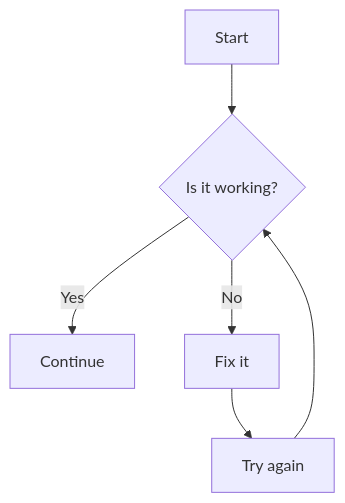
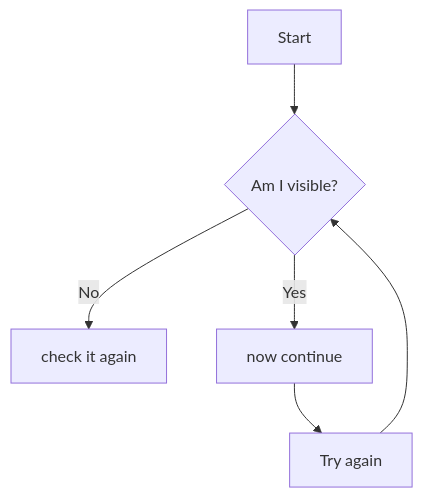
Before and after one commit to Prabhjot113/Prabhjot113.github.io-: the diagram in README.md, drawn with Mermaid. The commit also changed other lines of this file, not shown here.

````diff
--- a/README.md
+++ b/README.md
@@ -20,8 +20,8 @@
 ```mermaid
 graph TD
-    A[Start] --> B{Is it working?}
-    B -->|Yes| C[Continue]
-    B -->|No| D[Fix it]
+    A[Start] --> B{Am I visible?}
+    B -->|No| C[check it again]
+    B -->|Yes | D[now continue]
     D --> E[Try again]
     E --> B
 ```
````
